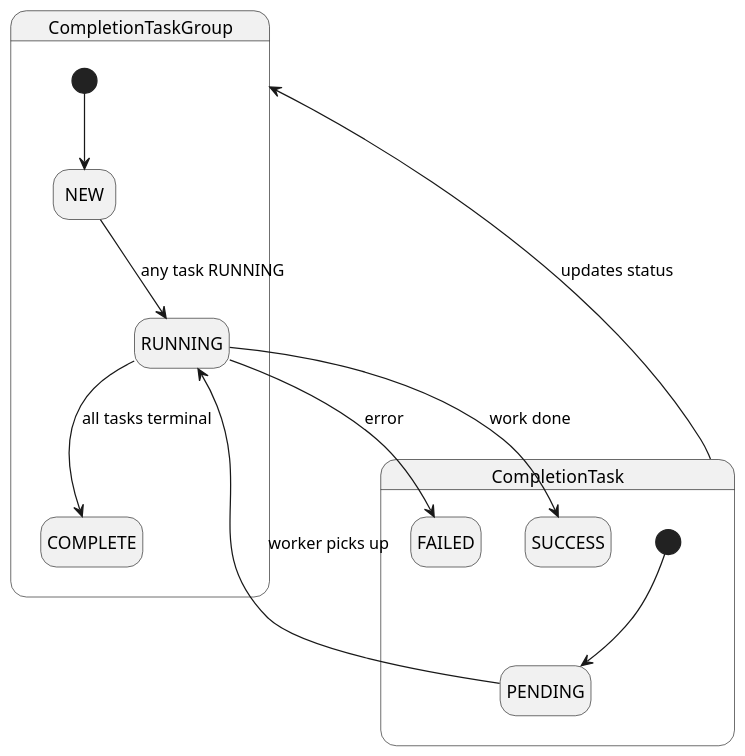
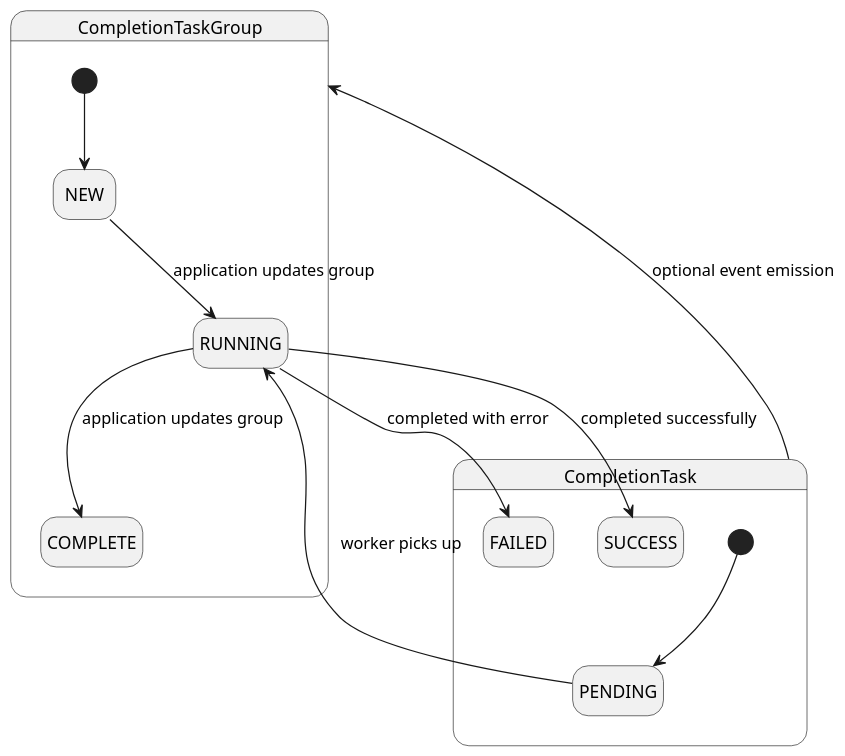
The fifth of 5 diagrams in quantum-docs/src/docs/asciidoc/user-guide/modeling.adoc (end2endlogic-com/quantum-framework), drawn with PlantUML before and after one commit. The commit also changed other lines of this file and 80 other files, not shown here.

```diff
--- a/quantum-docs/src/docs/asciidoc/user-guide/modeling.adoc
+++ b/quantum-docs/src/docs/asciidoc/user-guide/modeling.adoc
@@ -596,21 +681,21 @@
 [plantuml]
 ....
 @startuml
 skinparam dpi 120
 hide empty description
 state "CompletionTaskGroup" as Group {
   [*] --> NEW
-  NEW --> RUNNING : any task RUNNING
-  RUNNING --> COMPLETE : all tasks terminal
+  NEW --> RUNNING : application updates group
+  RUNNING --> COMPLETE : application updates group
 }
 
 state "CompletionTask" as Task {
   [*] --> PENDING
   PENDING --> RUNNING : worker picks up
-  RUNNING --> SUCCESS : work done
-  RUNNING --> FAILED : error
+  RUNNING --> SUCCESS : completed successfully
+  RUNNING --> FAILED : completed with error
 }
 
-Task --> Group : updates status
+Task --> Group : optional event emission
 @enduml
 ....
```
